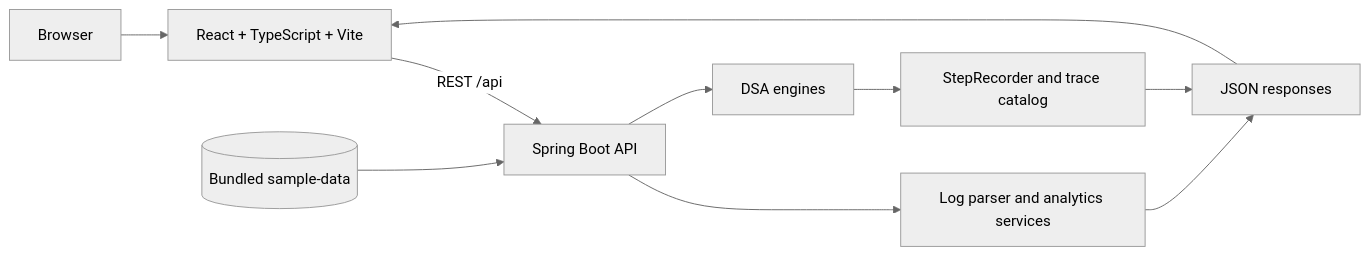
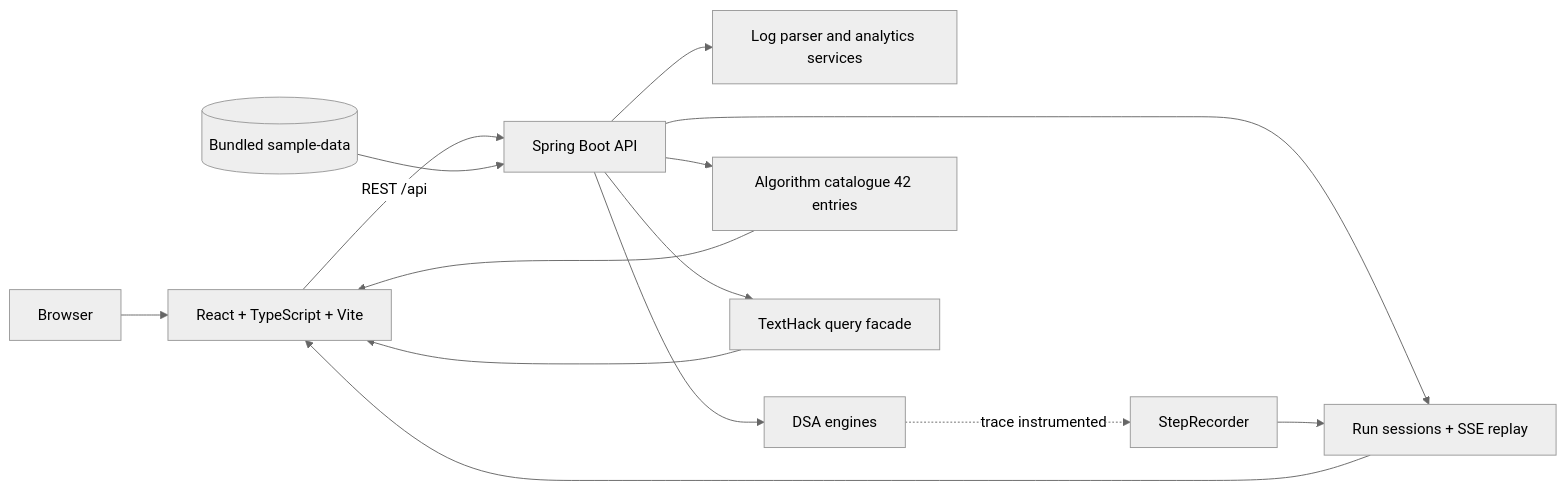
Before and after one commit to karkalashivareddy/KLH_CSE_2026-27_DSA-3_S3_T17_Loginsight-Analyzer: the diagram in README.md, drawn with Mermaid (neutral theme). The commit also changed other lines of this file and 6 other files, not shown here.

Commit message:
docs: TextHack README, course map, trace engine, API section 12, rebuild report; fix stale 05/07 links

````diff
--- a/README.md
+++ b/README.md
@@ -18,12 +30,16 @@
 ```mermaid
 flowchart LR
     U[Browser] --> F[React + TypeScript + Vite]
     F -->|REST /api| B[Spring Boot API]
     D[(Bundled sample-data)] --> B
     B --> P[Log parser and analytics services]
     B --> A[DSA engines]
-    A --> T[StepRecorder and trace catalog]
-    P --> R[JSON responses]
-    T --> R
-    R --> F
+    A -. trace instrumented .-> R[StepRecorder]
+    B --> C[Algorithm catalogue 42 entries]
+    B --> H[TextHack query facade]
+    B --> S[Run sessions + SSE replay]
+    C --> F
+    H --> F
+    S --> F
+    R --> S
 ```
````
